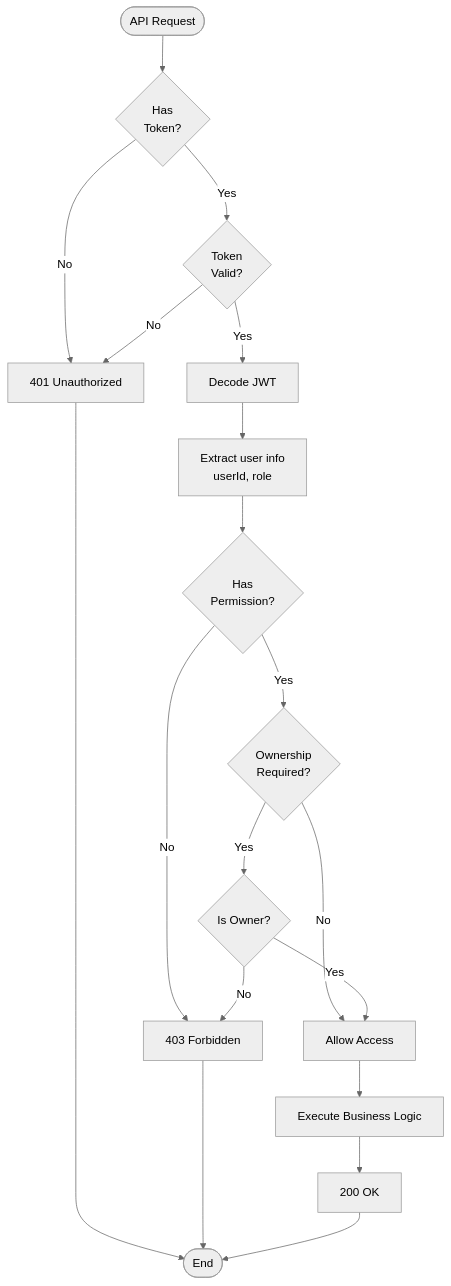
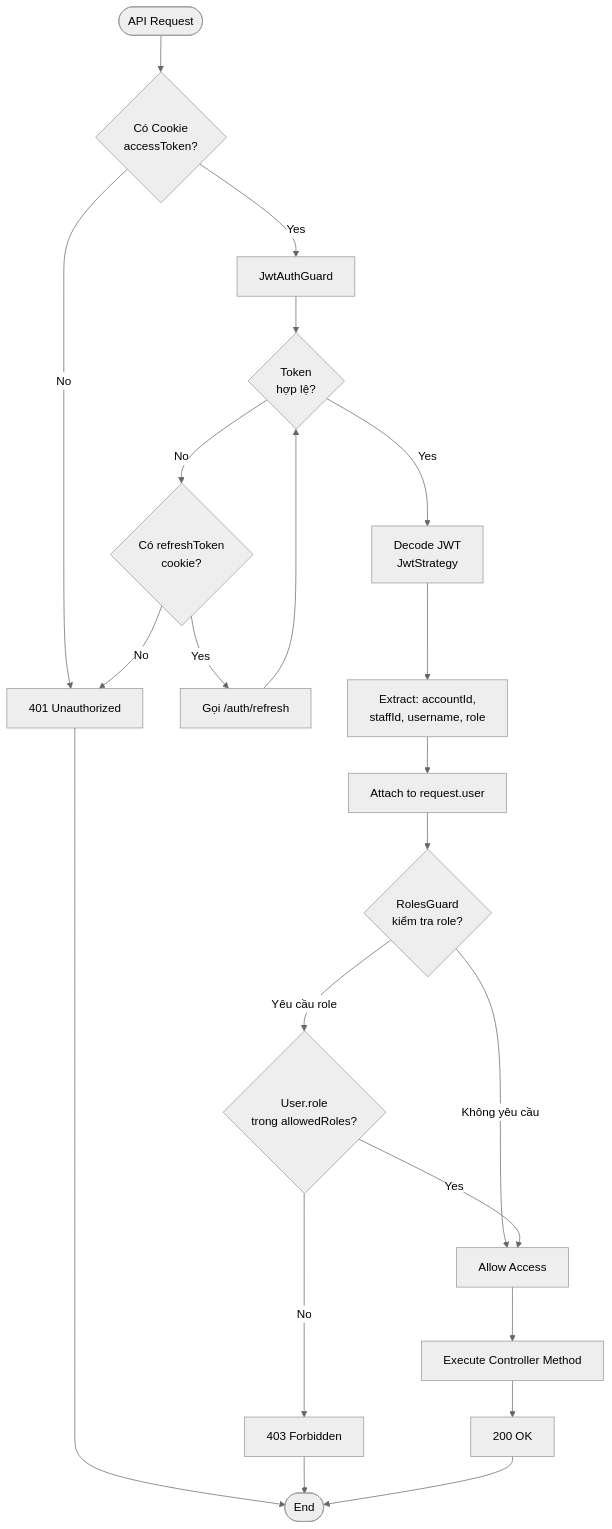
One commit to huy1235588/restaurant-management changed diagram 12 of 12 in docs/diagrams/AUTHENTICATION_MANAGEMENT_DIAGRAMS.md. Above: the diagram before and after it, drawn with Mermaid (neutral theme). The commit also changed other lines of this file and 18 other files, not shown here.

Commit message:
Update documentation for Order Management, Reservation Management, and Staff Management modules to reflect real-world implementation as of June 2025. Enhance data structures, API endpoints, and feature descriptions while noting future development plans and integration details.

````diff
--- a/docs/diagrams/AUTHENTICATION_MANAGEMENT_DIAGRAMS.md
+++ b/docs/diagrams/AUTHENTICATION_MANAGEMENT_DIAGRAMS.md
@@ -572,29 +437,34 @@
 ```mermaid
 flowchart TB
-    Start([API Request]) --> HasToken{Has<br/>Token?}
+    Start([API Request]) --> HasToken{Có Cookie<br/>accessToken?}
     
     HasToken -->|No| Return401[401 Unauthorized]
-    HasToken -->|Yes| ValidToken{Token<br/>Valid?}
+    HasToken -->|Yes| JwtGuard[JwtAuthGuard]
     
-    ValidToken -->|No| Return401
-    ValidToken -->|Yes| Decode[Decode JWT]
+    JwtGuard --> ValidToken{Token<br/>hợp lệ?}
     
-    Decode --> ExtractUser[Extract user info<br/>userId, role]
-    ExtractUser --> CheckPermission{Has<br/>Permission?}
+    ValidToken -->|No| TryRefresh{Có refreshToken<br/>cookie?}
+    TryRefresh -->|No| Return401
+    TryRefresh -->|Yes| RefreshFlow[Gọi /auth/refresh]
+    RefreshFlow --> ValidToken
     
-    CheckPermission -->|No| Return403[403 Forbidden]
-    CheckPermission -->|Yes| CheckOwnership{Ownership<br/>Required?}
+    ValidToken -->|Yes| Decode[Decode JWT<br/>JwtStrategy]
     
-    CheckOwnership -->|No| AllowAccess[Allow Access]
-    CheckOwnership -->|Yes| IsOwner{Is Owner?}
+    Decode --> ExtractUser[Extract: accountId,<br/>staffId, username, role]
+    ExtractUser --> AttachUser[Attach to request.user]
     
-    IsOwner -->|No| Return403
-    IsOwner -->|Yes| AllowAccess
+    AttachUser --> RolesGuard{RolesGuard<br/>kiểm tra role?}
     
-    AllowAccess --> Execute[Execute Business Logic]
+    RolesGuard -->|Không yêu cầu| AllowAccess[Allow Access]
+    RolesGuard -->|Yêu cầu role| CheckRole{User.role<br/>trong allowedRoles?}
+    
+    CheckRole -->|No| Return403[403 Forbidden]
+    CheckRole -->|Yes| AllowAccess
+    
+    AllowAccess --> Execute[Execute Controller Method]
     Execute --> Return200[200 OK]
     
     Return401 --> End([End])
     Return403 --> End
     Return200 --> End
 ```
````
